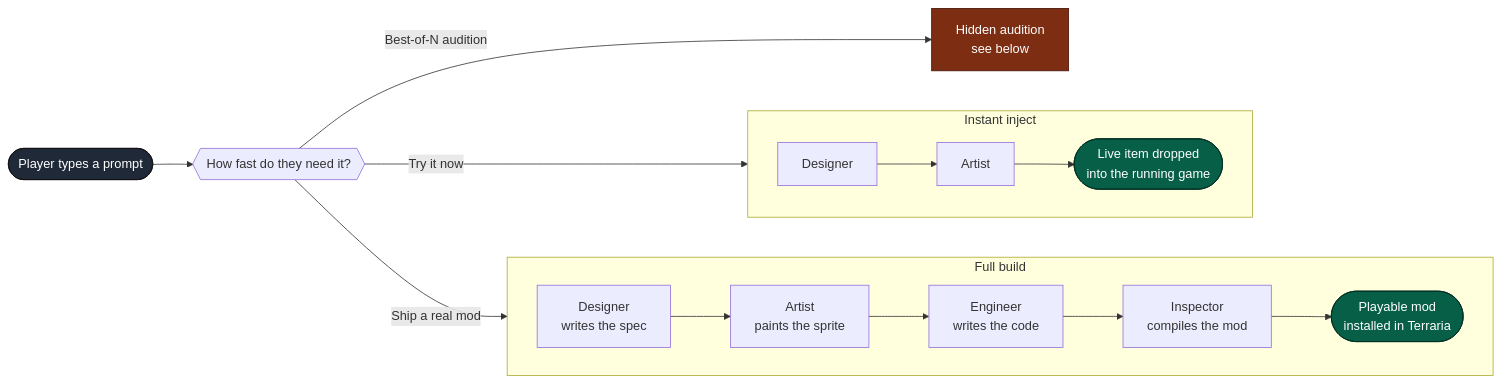
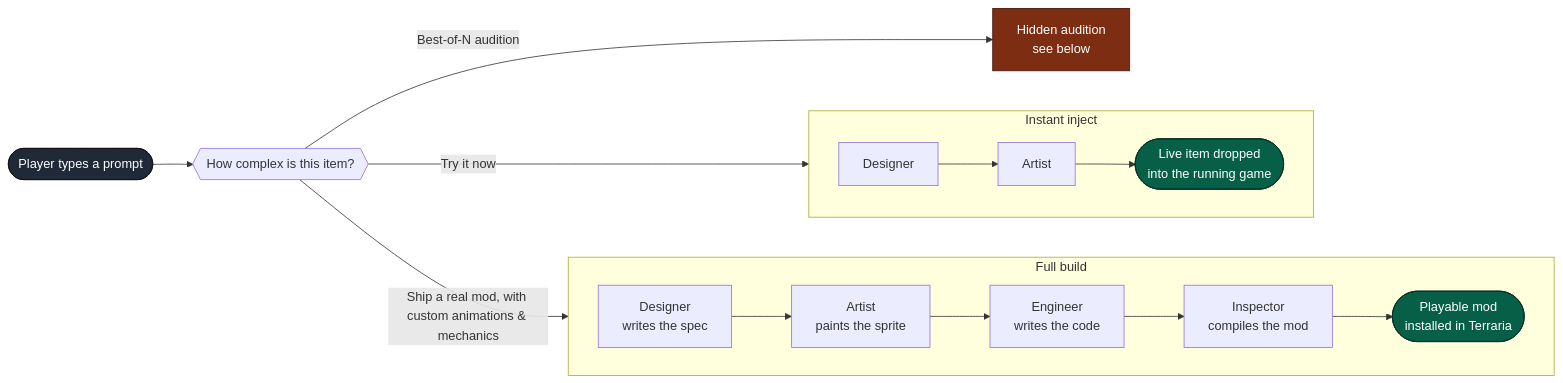
One commit to Mikop22/the-forge changed the second of 5 diagrams in README.md. Above: the diagram before and after it, drawn with Mermaid.

````diff
--- a/README.md
+++ b/README.md
@@ -44,29 +44,29 @@
 ```mermaid
 flowchart LR
     USER([Player types a prompt])
 
-    USER --> ROUTER{{How fast do they need it?}}
+    USER --> ROUTER{{How complex is this item?}}
 
     subgraph Full["Full build"]
         direction LR
         F1[Designer<br/>writes the spec] --> F2[Artist<br/>paints the sprite]
         F2 --> F3[Engineer<br/>writes the code]
         F3 --> F4[Inspector<br/>compiles the mod]
         F4 --> F5([Playable mod<br/>installed in Terraria])
     end
 
     subgraph Instant["Instant inject"]
         direction LR
         I1[Designer] --> I2[Artist]
         I2 --> I3([Live item dropped<br/>into the running game])
     end
 
-    ROUTER -->|Ship a real mod| F1
+    ROUTER -->|Ship a real mod, with custom animations & mechanics| F1
     ROUTER -->|Try it now| I1
     ROUTER -->|Best-of-N audition| AUD[Hidden audition<br/>see below]
 
     style USER fill:#1f2937,color:#fff,stroke:#111
     style F5 fill:#065f46,color:#fff,stroke:#022c22
     style I3 fill:#065f46,color:#fff,stroke:#022c22
     style AUD fill:#7c2d12,color:#fff,stroke:#431407
 ```
````
